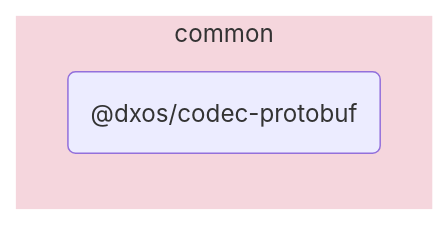
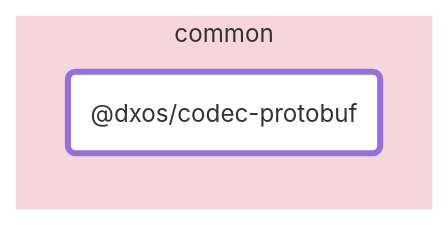
Before and after one commit to dxos/dxos: the diagram in packages/common/codec-protobuf/docs/README.md, drawn with Mermaid. The commit also changed other lines of this file and 88 other files, not shown here.

````diff
--- a/packages/common/codec-protobuf/docs/README.md
+++ b/packages/common/codec-protobuf/docs/README.md
@@ -5,9 +7,12 @@
 ```mermaid
 flowchart LR;
+
+style dxos/codec-protobuf fill:#fff,stroke-width:4px;
+
 
 subgraph common
   style common fill:#f5d6dd,stroke:#fff;
   dxos/codec-protobuf("@dxos/codec-protobuf");
 end
 
 ```
````
